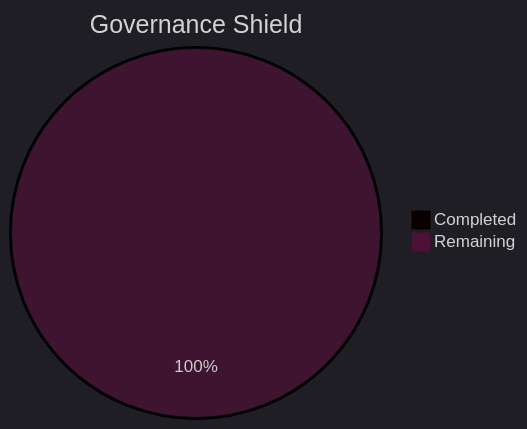
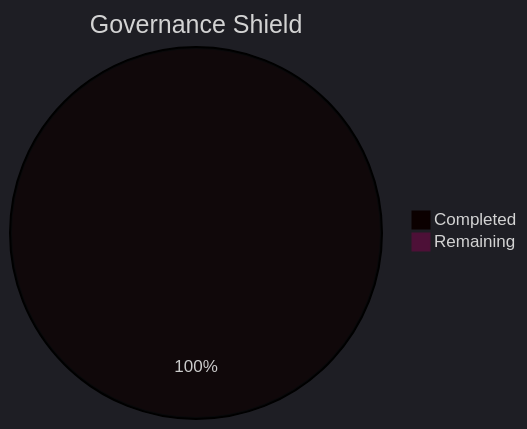
One commit to Neogleamz/SK8Lytz changed the fourth of 6 diagrams in tools/SK8Lytz_Bucket_List.md. Above: the diagram before and after it, drawn with Mermaid. The commit also changed other lines of this file and 2 other files, not shown here.

````diff
--- a/tools/SK8Lytz_Bucket_List.md
+++ b/tools/SK8Lytz_Bucket_List.md
@@ -64,6 +66,6 @@
 ```mermaid
 %%{init: {'theme': 'dark'}}%%
 pie title Governance Shield
-  "Completed" : 0
-  "Remaining" : 3
+  "Completed" : 4
+  "Remaining" : 0
 ```
````
